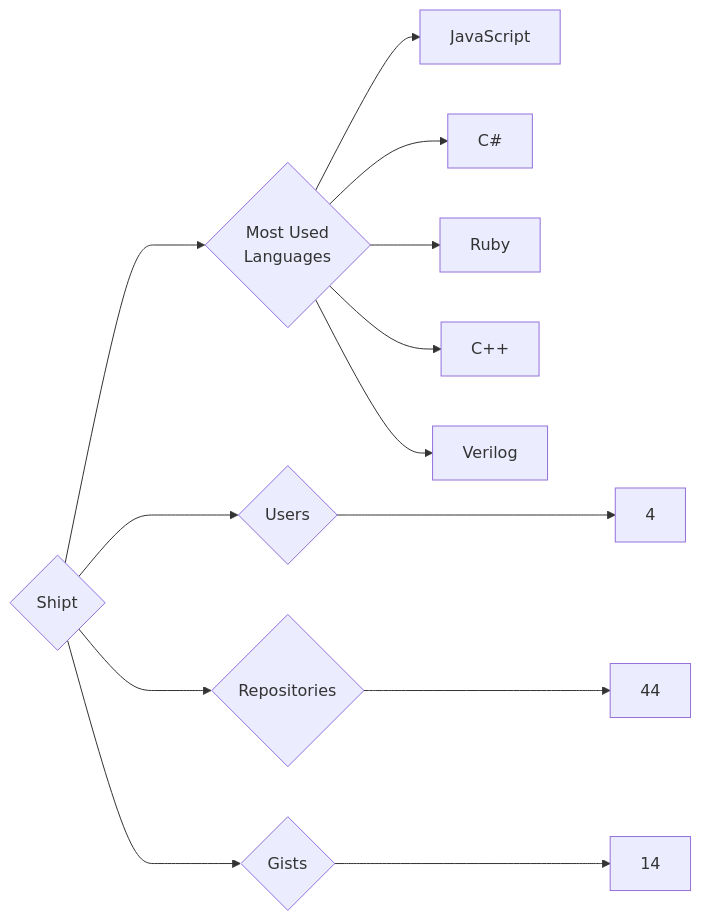
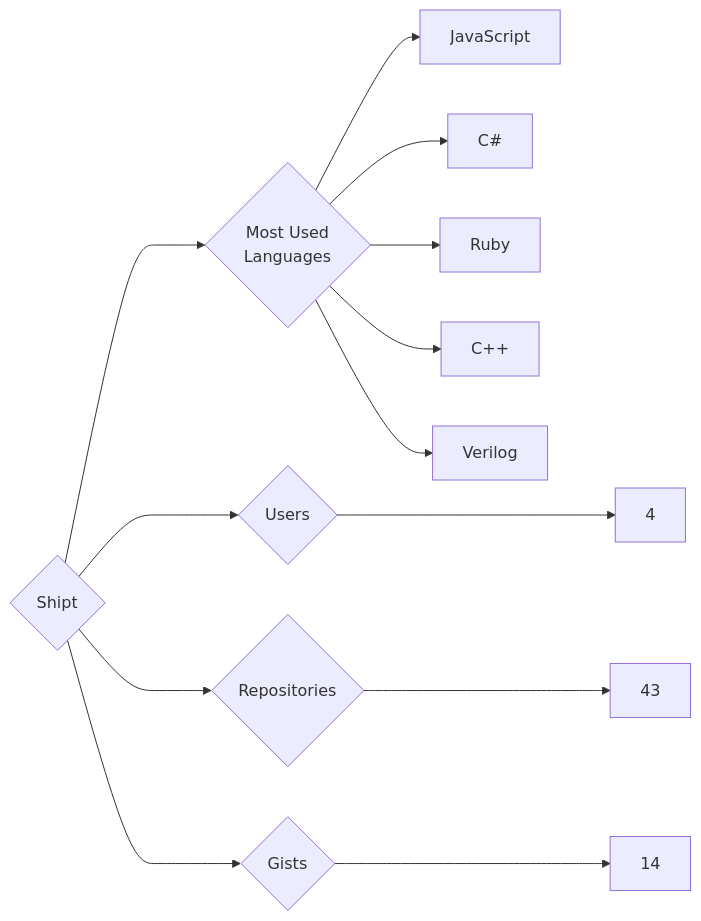
Before and after one commit to trickest/insiders: the diagram in targets/Shipt/README.md, drawn with Mermaid. The commit also changed 681 other files, not shown here.

````diff
--- a/targets/Shipt/README.md
+++ b/targets/Shipt/README.md
@@ -3,13 +3,13 @@
 ```mermaid
 graph LR
 COMPANY_NAME{Shipt}
 COMPANY_NAME ---> U{Users} ---> UN[4]
-COMPANY_NAME ---> R{Repositories} ---> RN[44]
+COMPANY_NAME ---> R{Repositories} ---> RN[43]
 COMPANY_NAME ---> G{Gists} ---> GN[14]
 COMPANY_NAME ---> ML{Most Used<br>Languages}
 ML --> JavaScript[JavaScript]
 ML --> C#[C#]
 ML --> Ruby[Ruby]
 ML --> C++[C++]
 ML --> Verilog[Verilog]
 ```
````
